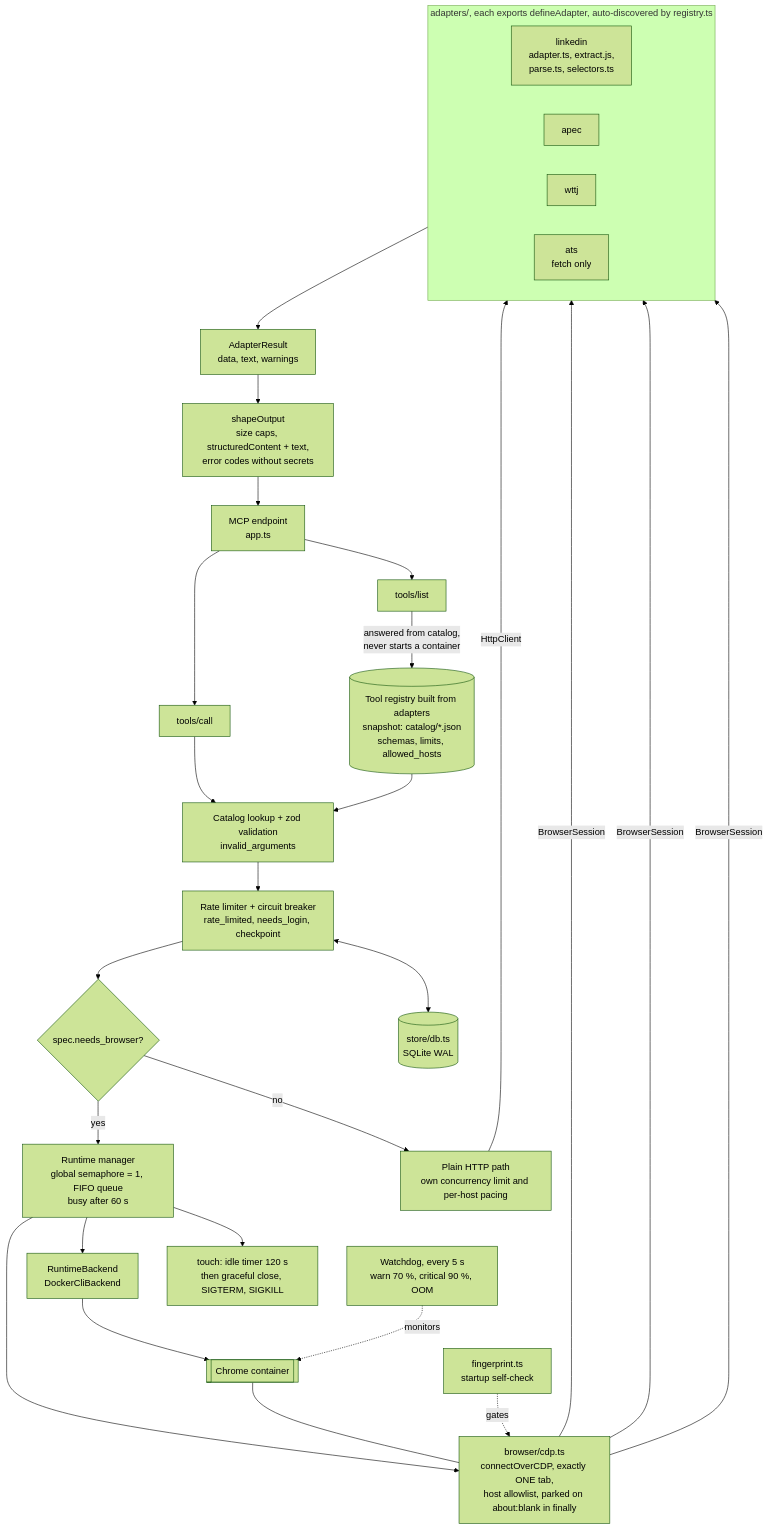
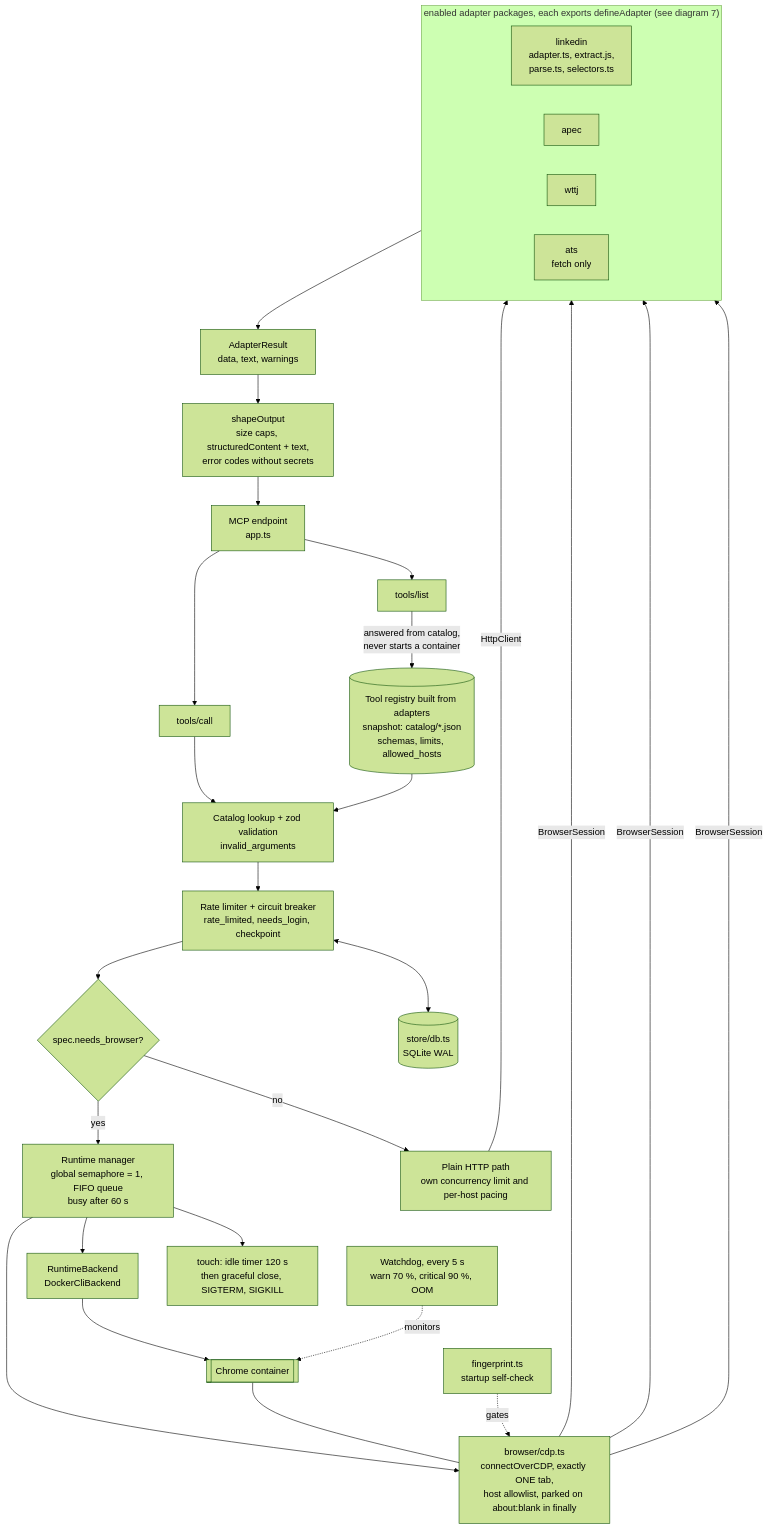
The second of 7 diagrams in 16-architecture-diagrams.md (notcheu/jobwatch-mcp), drawn with Mermaid (forest theme) before and after one commit. The commit also changed other lines of this file and 12 other files, not shown here.

Commit message:
Docs: Nx monorepo (sdk, core, adapters, one package per platform, mcp and cli apps) with per-adapter enable/disable

````diff
--- a/16-architecture-diagrams.md
+++ b/16-architecture-diagrams.md
@@ -80,43 +80,43 @@
 ```mermaid
 flowchart TB
   MCP["MCP endpoint<br/>app.ts"] --> List["tools/list"]
   MCP --> Call["tools/call"]
 
   Catalog[("Tool registry built from adapters<br/>snapshot: catalog/*.json<br/>schemas, limits, allowed_hosts")]
   List -- "answered from catalog,<br/>never starts a container" --> Catalog
   Call --> Lookup["Catalog lookup + zod validation<br/>invalid_arguments"]
   Catalog --> Lookup
 
   Lookup --> Guard["Rate limiter + circuit breaker<br/>rate_limited, needs_login, checkpoint"]
   Guard --> Decide{"spec.needs_browser?"}
 
   Decide -- "yes" --> Lease["Runtime manager<br/>global semaphore = 1, FIFO queue<br/>busy after 60 s"]
   Lease --> Backend["RuntimeBackend<br/>DockerCliBackend"]
   Backend --> Container[["Chrome container"]]
   Lease --> CDP["browser/cdp.ts<br/>connectOverCDP, exactly ONE tab,<br/>host allowlist, parked on about:blank in finally"]
   Container --- CDP
   Watchdog["Watchdog, every 5 s<br/>warn 70 %, critical 90 %, OOM"] -. monitors .-> Container
   FP["fingerprint.ts<br/>startup self-check"] -. gates .-> CDP
 
   Decide -- "no" --> Plain["Plain HTTP path<br/>own concurrency limit and per-host pacing"]
 
-  subgraph Adapters["adapters/, each exports defineAdapter, auto-discovered by registry.ts"]
+  subgraph Adapters["enabled adapter packages, each exports defineAdapter (see diagram 7)"]
     direction LR
     LI["linkedin<br/>adapter.ts, extract.js,<br/>parse.ts, selectors.ts"]
     APEC["apec"]
     WTTJ["wttj"]
     ATS["ats<br/>fetch only"]
   end
 
   CDP -- "BrowserSession" --> LI
   CDP -- "BrowserSession" --> APEC
   CDP -- "BrowserSession" --> WTTJ
   Plain -- "HttpClient" --> ATS
 
   Adapters --> Result["AdapterResult<br/>data, text, warnings"]
   Result --> Shape["shapeOutput<br/>size caps, structuredContent + text,<br/>error codes without secrets"]
   Shape --> MCP
 
   Guard <--> Store[("store/db.ts<br/>SQLite WAL")]
   Lease --> Idle["touch: idle timer 120 s<br/>then graceful close, SIGTERM, SIGKILL"]
 ```
````
